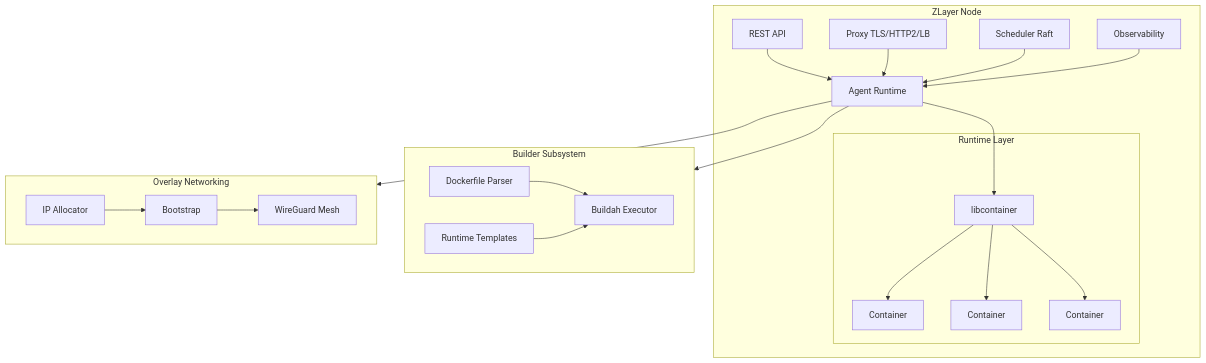
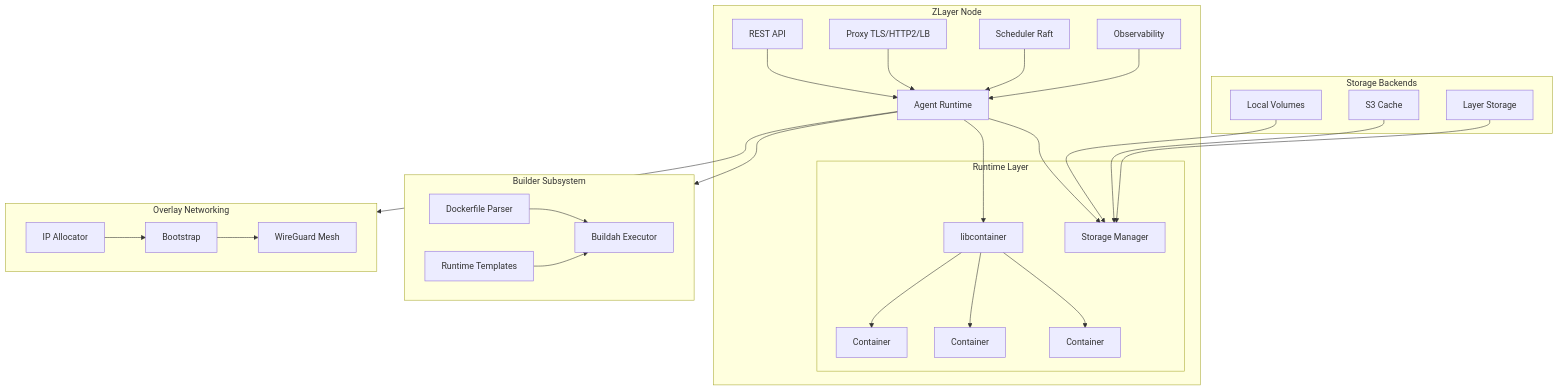
Before and after one commit to BlackLeafDigital/ZLayer: the diagram in README.md, drawn with Mermaid. The commit also changed other lines of this file and 31 other files, not shown here.

````diff
--- a/README.md
+++ b/README.md
@@ -24,42 +26,53 @@
 ```mermaid
 graph TB
     subgraph Node[ZLayer Node]
         API[REST API]
         Proxy[Proxy TLS/HTTP2/LB]
         Agent[Agent Runtime]
         Scheduler[Scheduler Raft]
         Obs[Observability]
 
         API --> Agent
         Proxy --> Agent
         Scheduler --> Agent
         Obs --> Agent
 
         subgraph Runtime[Runtime Layer]
             LC[libcontainer]
+            SM[Storage Manager]
             LC --> C1[Container]
             LC --> C2[Container]
             LC --> C3[Container]
         end
 
         Agent --> LC
+        Agent --> SM
     end
 
     subgraph Builder[Builder Subsystem]
         DF[Dockerfile Parser]
         BA[Buildah Executor]
         RT[Runtime Templates]
         DF --> BA
         RT --> BA
     end
 
     subgraph Overlay[Overlay Networking]
         IP[IP Allocator]
         Boot[Bootstrap]
         WG[WireGuard Mesh]
         IP --> Boot --> WG
     end
 
+    subgraph Storage[Storage Backends]
+        LV[Local Volumes]
+        S3C[S3 Cache]
+        LS[Layer Storage]
+        LV --> SM
+        S3C --> SM
+        LS --> SM
+    end
+
     Agent --> Builder
     Agent --> Overlay
 ```
````
